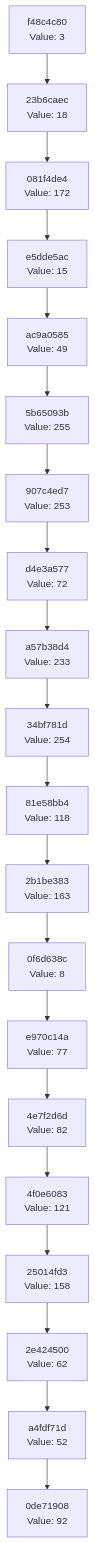
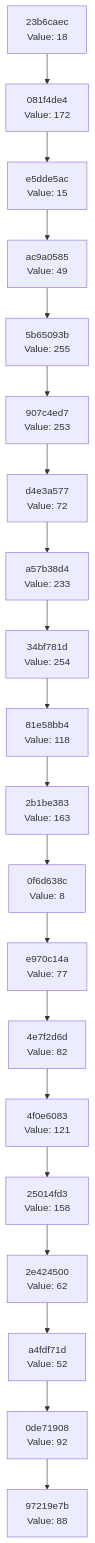
One commit to Abhisheksinha1506/hash-chain-evolver changed the diagram in docs/CHAIN_VISUALIZATION.md. Above: the diagram before and after it, drawn with Mermaid. The commit also changed 2 other files, not shown here.

Commit message:
Evolution Step

````diff
--- a/docs/CHAIN_VISUALIZATION.md
+++ b/docs/CHAIN_VISUALIZATION.md
@@ -3,42 +3,42 @@
 ```mermaid
 graph TD
-    C0["0de71908<br/>Value: 92"]
-    C1["a4fdf71d<br/>Value: 52"]
+    C0["97219e7b<br/>Value: 88"]
+    C1["0de71908<br/>Value: 92"]
     C1 --> C0
-    C2["2e424500<br/>Value: 62"]
+    C2["a4fdf71d<br/>Value: 52"]
     C2 --> C1
-    C3["25014fd3<br/>Value: 158"]
+    C3["2e424500<br/>Value: 62"]
     C3 --> C2
-    C4["4f0e6083<br/>Value: 121"]
+    C4["25014fd3<br/>Value: 158"]
     C4 --> C3
-    C5["4e7f2d6d<br/>Value: 82"]
+    C5["4f0e6083<br/>Value: 121"]
     C5 --> C4
-    C6["e970c14a<br/>Value: 77"]
+    C6["4e7f2d6d<br/>Value: 82"]
     C6 --> C5
-    C7["0f6d638c<br/>Value: 8"]
+    C7["e970c14a<br/>Value: 77"]
     C7 --> C6
-    C8["2b1be383<br/>Value: 163"]
+    C8["0f6d638c<br/>Value: 8"]
     C8 --> C7
-    C9["81e58bb4<br/>Value: 118"]
+    C9["2b1be383<br/>Value: 163"]
     C9 --> C8
-    C10["34bf781d<br/>Value: 254"]
+    C10["81e58bb4<br/>Value: 118"]
     C10 --> C9
-    C11["a57b38d4<br/>Value: 233"]
+    C11["34bf781d<br/>Value: 254"]
     C11 --> C10
-    C12["d4e3a577<br/>Value: 72"]
+    C12["a57b38d4<br/>Value: 233"]
     C12 --> C11
-    C13["907c4ed7<br/>Value: 253"]
+    C13["d4e3a577<br/>Value: 72"]
     C13 --> C12
-    C14["5b65093b<br/>Value: 255"]
+    C14["907c4ed7<br/>Value: 253"]
     C14 --> C13
-    C15["ac9a0585<br/>Value: 49"]
+    C15["5b65093b<br/>Value: 255"]
     C15 --> C14
-    C16["e5dde5ac<br/>Value: 15"]
+    C16["ac9a0585<br/>Value: 49"]
     C16 --> C15
-    C17["081f4de4<br/>Value: 172"]
+    C17["e5dde5ac<br/>Value: 15"]
     C17 --> C16
-    C18["23b6caec<br/>Value: 18"]
+    C18["081f4de4<br/>Value: 172"]
     C18 --> C17
-    C19["f48c4c80<br/>Value: 3"]
+    C19["23b6caec<br/>Value: 18"]
     C19 --> C18
 ```
````
